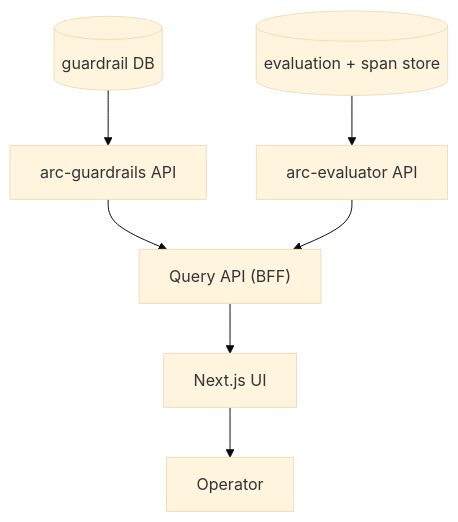
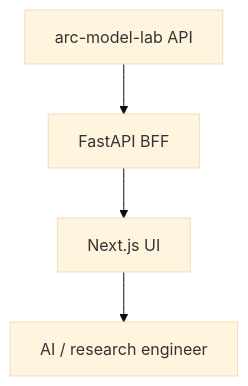
Before and after one commit to DimitarAtanassov/arc-platform: the diagram in docs/arc-platform.md, drawn with Mermaid (base theme). The commit also changed other lines of this file and 172 other files, not shown here.

````diff
--- a/docs/arc-platform.md
+++ b/docs/arc-platform.md
@@ -16,9 +11,6 @@
 ```mermaid
 flowchart TD
-    GRDB[("guardrail DB")] --> GR["arc-guardrails API"]
-    EVDB[("evaluation + span store")] --> EV["arc-evaluator API"]
-    GR --> BFF["Query API (BFF)"]
-    EV --> BFF
+    ML["arc-model-lab API"] --> BFF["FastAPI BFF"]
     BFF --> UI["Next.js UI"]
-    UI --> OP["Operator"]
+    UI --> ENG["AI / research engineer"]
 ```
````
